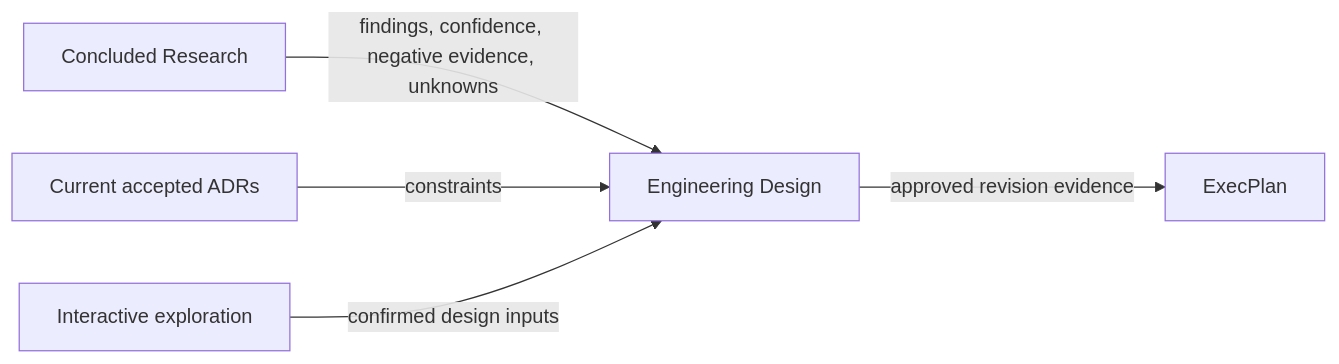
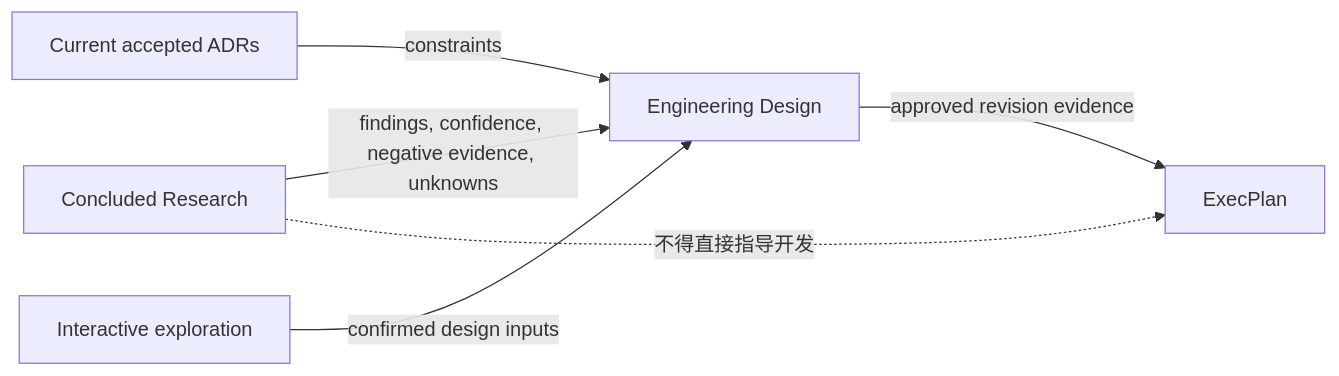
The diagram in engineering-design/SKILL.md (XiaoWeiKIN/RepoFoundryAI), drawn with Mermaid before and after one commit. The commit also changed other lines of this file and 34 other files, not shown here.

````diff
--- a/engineering-design/SKILL.md
+++ b/engineering-design/SKILL.md
@@ -14,7 +14,8 @@
 ```mermaid
 flowchart LR
   R["Concluded Research"] -->|"findings, confidence, negative evidence, unknowns"| D["Engineering Design"]
   A["Current accepted ADRs"] -->|"constraints"| D
   X["Interactive exploration"] -->|"confirmed design inputs"| D
   D -->|"approved revision evidence"| E["ExecPlan"]
+  R -.->|"不得直接指导开发"| E
 ```
````
